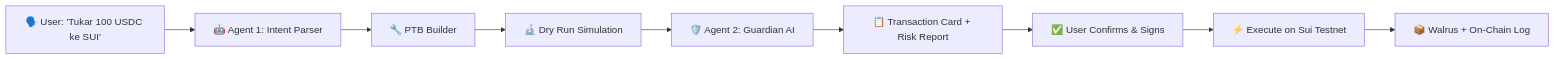
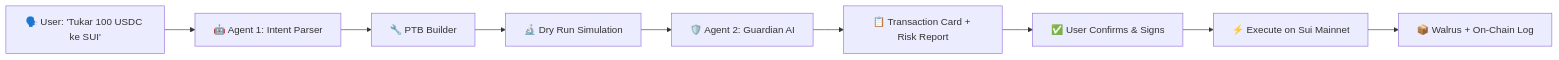
The diagram in README.md (SuiKura26/kura), drawn with Mermaid before and after one commit. The commit also changed other lines of this file and 3 other files, not shown here.

````diff
--- a/README.md
+++ b/README.md
@@ -32,11 +32,11 @@
 ```mermaid
 flowchart LR
     A["🗣️ User: 'Tukar 100 USDC ke SUI'"] --> B["🤖 Agent 1: Intent Parser"]
     B --> C["🔧 PTB Builder"]
     C --> D["🔬 Dry Run Simulation"]
     D --> E["🛡️ Agent 2: Guardian AI"]
     E --> F["📋 Transaction Card + Risk Report"]
     F --> G["✅ User Confirms & Signs"]
-    G --> H["⚡ Execute on Sui Testnet"]
+    G --> H["⚡ Execute on Sui Mainnet"]
     H --> I["📦 Walrus + On-Chain Log"]
 ```
````
